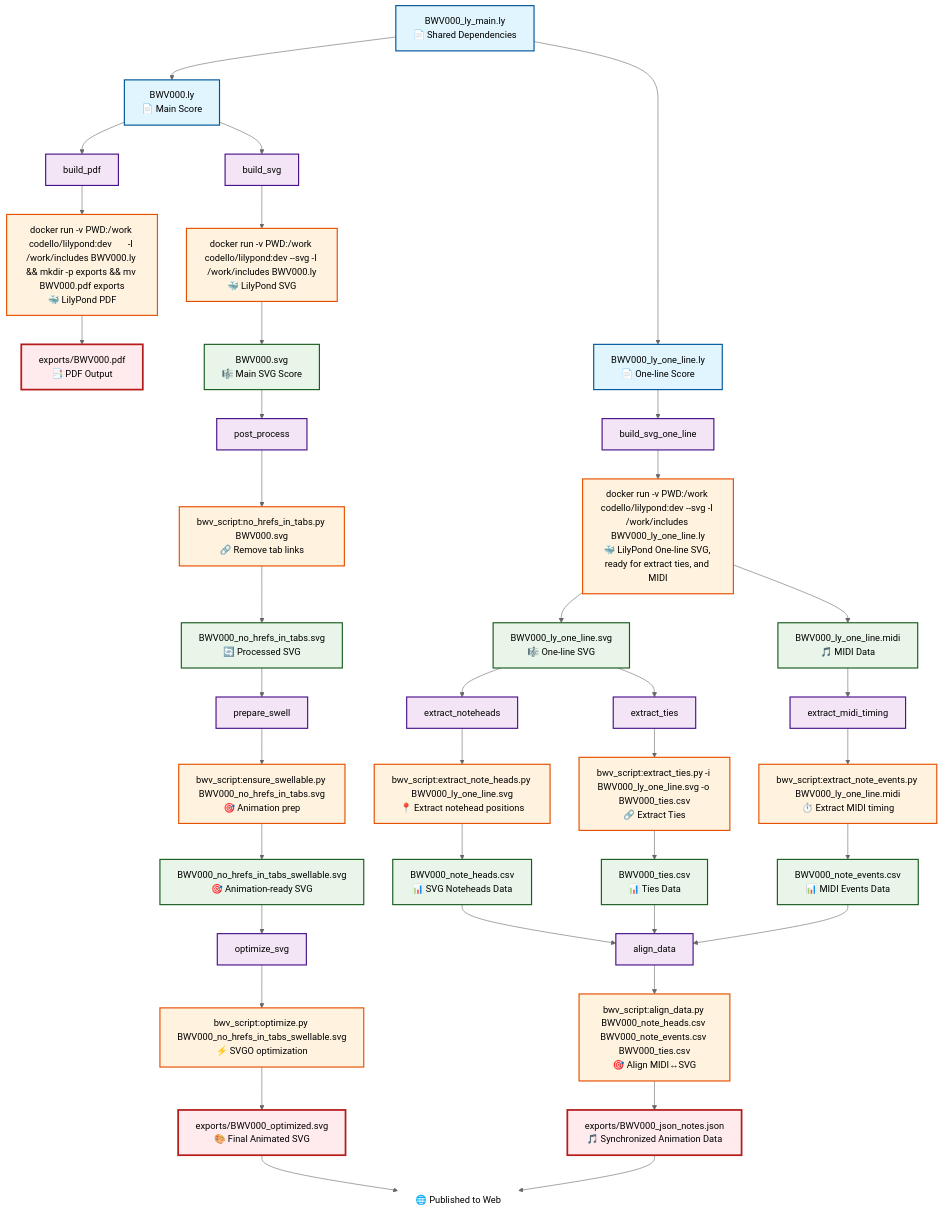
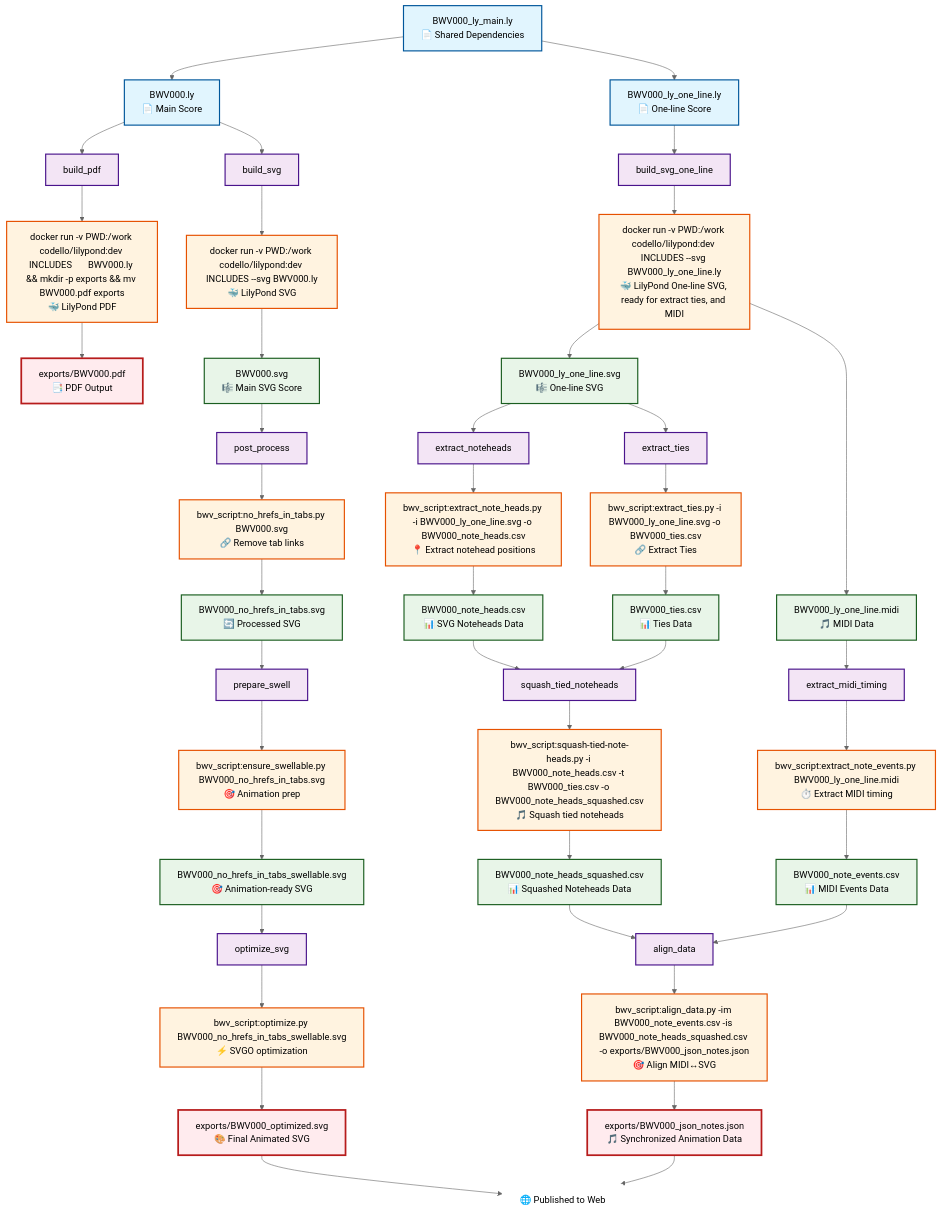
One commit to cthiebaud/bwv-zeug changed the diagram in invoke/tasks.mmd. Above: the diagram before and after it, drawn with Mermaid. The commit also changed 24 other files, not shown here.

```diff
--- a/invoke/tasks.mmd
+++ b/invoke/tasks.mmd
@@ -1,134 +1,142 @@
 %%{init: {'theme':'neutral'}}%%
 graph TD
 
 %% ============================================================================
 %% INPUT NODES
 %% ============================================================================
 I1[BWV000.ly<br/>📄 Main Score]
 I2[BWV000_ly_one_line.ly<br/>📄 One-line Score]
 I3[BWV000_ly_main.ly<br/>📄 Shared Dependencies]
 
 %% ============================================================================
 %% TASK NODES
 %% ============================================================================
 T1[build_pdf]
 T2[build_svg]
 T3[build_svg_one_line]
 T4[post_process]
 T5[prepare_swell]
 T6[optimize_svg]
 T7[extract_noteheads]
 T8[extract_midi_timing]
 T9[align_data]
 T0[extract_ties]
+T11[squash_tied_noteheads]
 
 %% ============================================================================
 %% RUNNABLE NODES
 %% ============================================================================
-R1[docker run -v PWD:/work codello/lilypond:dev       -I /work/includes BWV000.ly && mkdir -p exports && mv BWV000.pdf exports<br/>🐳 LilyPond PDF]
-R2[docker run -v PWD:/work codello/lilypond:dev --svg -I /work/includes BWV000.ly<br/>🐳 LilyPond SVG]
-R3[docker run -v PWD:/work codello/lilypond:dev --svg -I /work/includes BWV000_ly_one_line.ly<br/>🐳 LilyPond One-line SVG, ready for extract ties, and MIDI]
+R1[docker run -v PWD:/work codello/lilypond:dev INCLUDES       BWV000.ly && mkdir -p exports && mv BWV000.pdf exports<br/>🐳 LilyPond PDF]
+R2[docker run -v PWD:/work codello/lilypond:dev INCLUDES --svg BWV000.ly<br/>🐳 LilyPond SVG]
+R3[docker run -v PWD:/work codello/lilypond:dev INCLUDES --svg BWV000_ly_one_line.ly<br/>🐳 LilyPond One-line SVG, ready for extract ties, and MIDI]
 R4[bwv_script:no_hrefs_in_tabs.py BWV000.svg<br/>🔗 Remove tab links]
 R5[bwv_script:ensure_swellable.py BWV000_no_hrefs_in_tabs.svg<br/>🎯 Animation prep]
 R6[bwv_script:optimize.py BWV000_no_hrefs_in_tabs_swellable.svg<br/>⚡ SVGO optimization]
-R7[bwv_script:extract_note_heads.py BWV000_ly_one_line.svg<br/>📍 Extract notehead positions]
+R7[bwv_script:extract_note_heads.py -i BWV000_ly_one_line.svg -o BWV000_note_heads.csv<br/>📍 Extract notehead positions]
 R8[bwv_script:extract_note_events.py BWV000_ly_one_line.midi<br/>⏱️ Extract MIDI timing]
-R9[bwv_script:align_data.py BWV000_note_heads.csv BWV000_note_events.csv BWV000_ties.csv<br/>🎯 Align MIDI↔SVG]
+R9[bwv_script:align_data.py -im BWV000_note_events.csv -is BWV000_note_heads_squashed.csv -o exports/BWV000_json_notes.json<br/>🎯 Align MIDI↔SVG]
 R0[bwv_script:extract_ties.py -i BWV000_ly_one_line.svg -o BWV000_ties.csv<br/>🔗 Extract Ties]
+R11[bwv_script:squash-tied-note-heads.py -i BWV000_note_heads.csv -t BWV000_ties.csv -o BWV000_note_heads_squashed.csv<br/>🎵 Squash tied noteheads]
 
 %% ============================================================================
 %% OUTPUT NODES
 %% ============================================================================
 O2[BWV000.svg<br/>🎼 Main SVG Score]
 O3[BWV000_ly_one_line.svg<br/>🎼 One-line SVG]
 O4[BWV000_ly_one_line.midi<br/>🎵 MIDI Data]
 O5[BWV000_no_hrefs_in_tabs.svg<br/>🔄 Processed SVG]
 O6[BWV000_no_hrefs_in_tabs_swellable.svg<br/>🎯 Animation-ready SVG]
 O7[BWV000_note_heads.csv<br/>📊 SVG Noteheads Data]
 O8[BWV000_note_events.csv<br/>📊 MIDI Events Data]
 O9[BWV000_ties.csv<br/>📊 Ties Data]
+O10[BWV000_note_heads_squashed.csv<br/>📊 Squashed Noteheads Data]
 
 %% ============================================================================
 %% EXPORT NODES
 %% ============================================================================
 E3[exports/BWV000.pdf<br/>📑 PDF Output]
 E1[exports/BWV000_optimized.svg<br/>🎨 Final Animated SVG]
 E2[exports/BWV000_json_notes.json<br/>🎵 Synchronized Animation Data]
 
 %% ============================================================================
 %% DEPENDENCY RELATIONSHIPS
 %% ============================================================================
 %% Shared dependencies
 I3 --> I1
 I3 --> I2
 
 %% Input to task relationships
 I1 --> T1
 I1 --> T2
 I2 --> T3
 
 %% Task to runnable relationships
 T1 --> R1
 T2 --> R2
 T3 --> R3
 T4 --> R4
 T5 --> R5
 T6 --> R6
 T7 --> R7
 T8 --> R8
 T9 --> R9
 T0 --> R0
+T11 --> R11
 
 %% Runnable to output relationships
 R2 --> O2
 R3 --> O3
 R3 --> O4
 R0 --> O9
+R7 --> O7
+R8 --> O8
+R11 --> O10
 
 %% SVG processing chain
 O2 --> T4
 R4 --> O5
 O5 --> T5
 R5 --> O6
 O6 --> T6
 
 %% Data extraction parallel branches
 O3 --> T7
 O3 --> T0
-R7 --> O7
 O4 --> T8
-R8 --> O8
 
-%% Final data alignment
-O7 --> T9
+%% Squash tied noteheads step
+O7 --> T11
+O9 --> T11
+
+%% Final data alignment (now uses squashed noteheads)
+O10 --> T9
 O8 --> T9
-O9 --> T9
 
 %% Final export
 R1 --> E3
 R6 --> E1
 R9 --> E2
 
 %% ============================================================================
 %% STYLING
 %% ============================================================================
 classDef input fill:#e1f5fe,stroke:#01579b,stroke-width:2px
 classDef task fill:#f3e5f5,stroke:#4a148c,stroke-width:2px
 classDef output fill:#e8f5e8,stroke:#1b5e20,stroke-width:2px
 classDef runnable fill:#fff3e0,stroke:#e65100,stroke-width:2px
 classDef export fill:#ffebee,stroke:#b71c1c,stroke-width:3px
 
 class I1,I2,I3 input
-class T1,T2,T3,T4,T5,T6,T7,T8,T9,T0,T10 task
-class O2,O3,O4,O5,O6,O7,O8,O9 output
-class R1,R2,R3,R4,R5,R6,R7,R8,R9,R0 runnable
+class T1,T2,T3,T4,T5,T6,T7,T8,T9,T0,T10,T11 task
+class O2,O3,O4,O5,O6,O7,O8,O9,O10 output
+class R1,R2,R3,R4,R5,R6,R7,R8,R9,R0,R11 runnable
 class E3,E1,E2 export
 
 %% ============================================================================
 %% BOTTOM ALIGNMENT HACK
 %% ============================================================================
 T10["🌐 Published to Web"]
 style T10 fill:#ffffff,stroke:#ffffff
 
 E1 --> T10
 E2 --> T10
```
